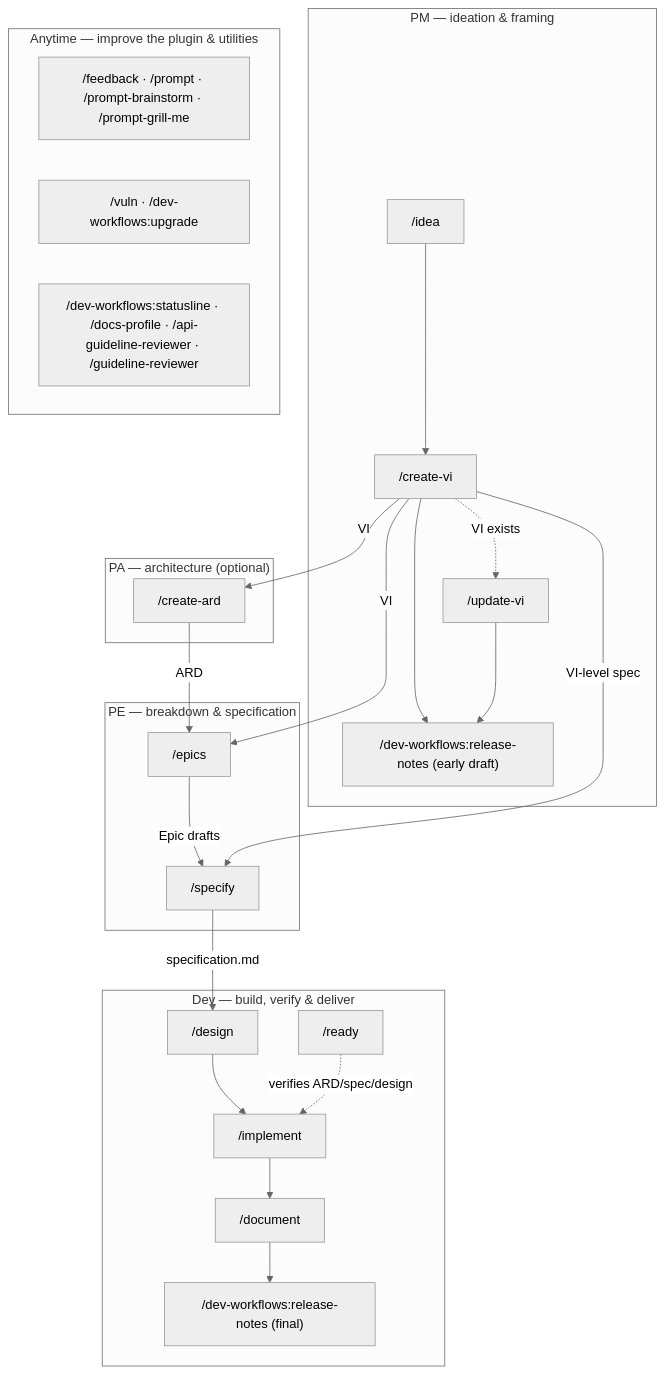
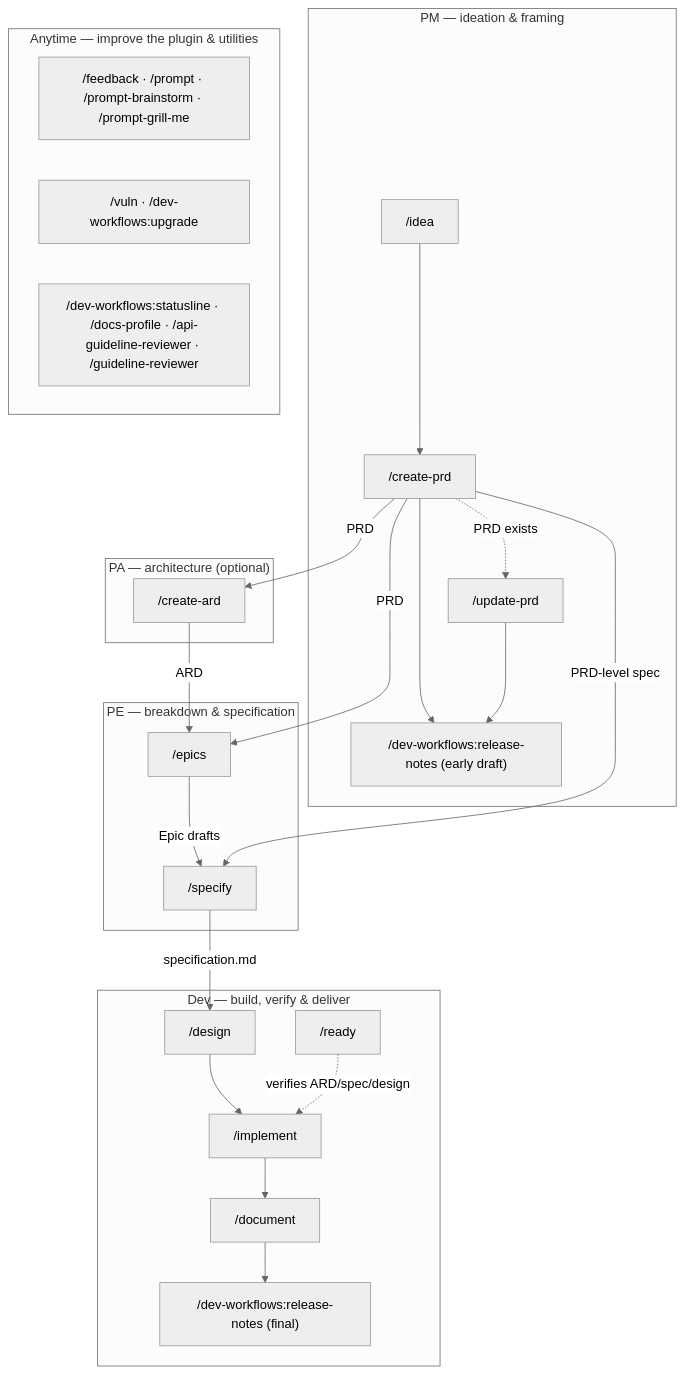
One commit to ihudak/ihudak-claude-plugins changed the diagram in plugins/dev-workflows/docs/workflow.md. Above: the diagram before and after it, drawn with Mermaid (neutral theme). The commit also changed other lines of this file and 102 other files, not shown here.

````diff
--- a/plugins/dev-workflows/docs/workflow.md
+++ b/plugins/dev-workflows/docs/workflow.md
@@ -5,35 +5,35 @@
 ```mermaid
 flowchart TD
     subgraph PM["PM — ideation & framing"]
-        idea["/idea"] --> createvi["/create-vi"]
+        idea["/idea"] --> createvi["/create-prd"]
         createvi --> rnpm["/dev-workflows:release-notes (early draft)"]
-        createvi -.->|VI exists| updatevi["/update-vi"]
+        createvi -.->|PRD exists| updatevi["/update-prd"]
         updatevi --> rnpm
     end
     subgraph PA["PA — architecture (optional)"]
         createard["/create-ard"]
     end
     subgraph PE["PE — breakdown & specification"]
         epics["/epics"]
         specify["/specify"]
     end
     subgraph DEV["Dev — build, verify & deliver"]
         design["/design"] --> implement["/implement"]
         implement --> document["/document"]
         document --> rndev["/dev-workflows:release-notes (final)"]
         ready["/ready"]
     end
     subgraph ANY["Anytime — improve the plugin & utilities"]
         improve["/feedback · /prompt · /prompt-brainstorm · /prompt-grill-me"]
         maint["/vuln · /dev-workflows:upgrade"]
         tooling["/dev-workflows:statusline · /docs-profile · /api-guideline-reviewer · /guideline-reviewer"]
     end
 
-    createvi -->|VI| createard
-    createvi -->|VI| epics
+    createvi -->|PRD| createard
+    createvi -->|PRD| epics
     createard -->|ARD| epics
     epics -->|Epic drafts| specify
-    createvi -->|VI-level spec| specify
+    createvi -->|PRD-level spec| specify
     specify -->|specification.md| design
     ready -. verifies ARD/spec/design .-> implement
 ```
````
